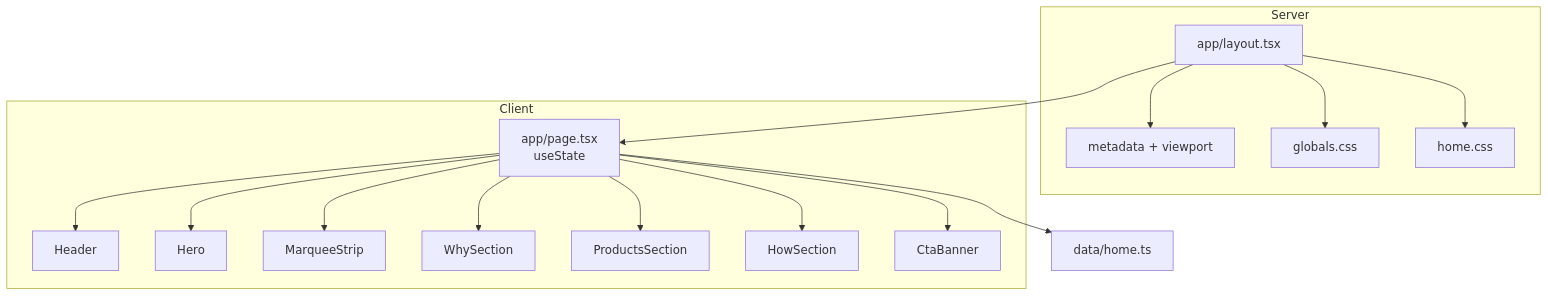
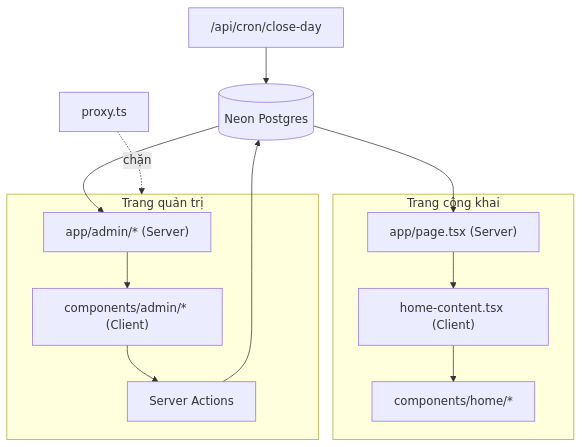
One commit to NguyenKhoa144/GotGoiNe changed the diagram in docs/project-structure.md. Above: the diagram before and after it, drawn with Mermaid. The commit also changed other lines of this file and 1 other file, not shown here.

````diff
--- a/docs/project-structure.md
+++ b/docs/project-structure.md
@@ -102,35 +135,29 @@
 ```mermaid
 flowchart TB
-  subgraph server ["Server"]
-    layout["app/layout.tsx"]
-    meta["metadata + viewport"]
-    globals["globals.css"]
-    homecss["home.css"]
+  db[("Neon Postgres")]
+
+  subgraph public ["Trang công khai"]
+    page["app/page.tsx (Server)"]
+    homeclient["home-content.tsx (Client)"]
+    sections["components/home/*"]
   end
 
-  subgraph client ["Client"]
-    page["app/page.tsx\nuseState"]
-    header["Header"]
-    hero["Hero"]
-    marquee["MarqueeStrip"]
-    why["WhySection"]
-    products["ProductsSection"]
-    how["HowSection"]
-    cta["CtaBanner"]
+  subgraph admin ["Trang quản trị"]
+    adminpages["app/admin/* (Server)"]
+    adminui["components/admin/* (Client)"]
+    actions["Server Actions"]
   end
 
-  data["data/home.ts"]
+  cron["/api/cron/close-day"]
+  proxy["proxy.ts"]
 
-  layout --> meta
-  layout --> globals
-  layout --> homecss
-  layout --> page
-  page --> data
-  page --> header
-  page --> hero
-  page --> marquee
-  page --> why
-  page --> products
-  page --> how
-  page --> cta
+  db --> page
+  page --> homeclient
+  homeclient --> sections
+  db --> adminpages
+  adminpages --> adminui
+  adminui --> actions
+  actions --> db
+  cron --> db
+  proxy -.chặn.-> admin
 ```
````
